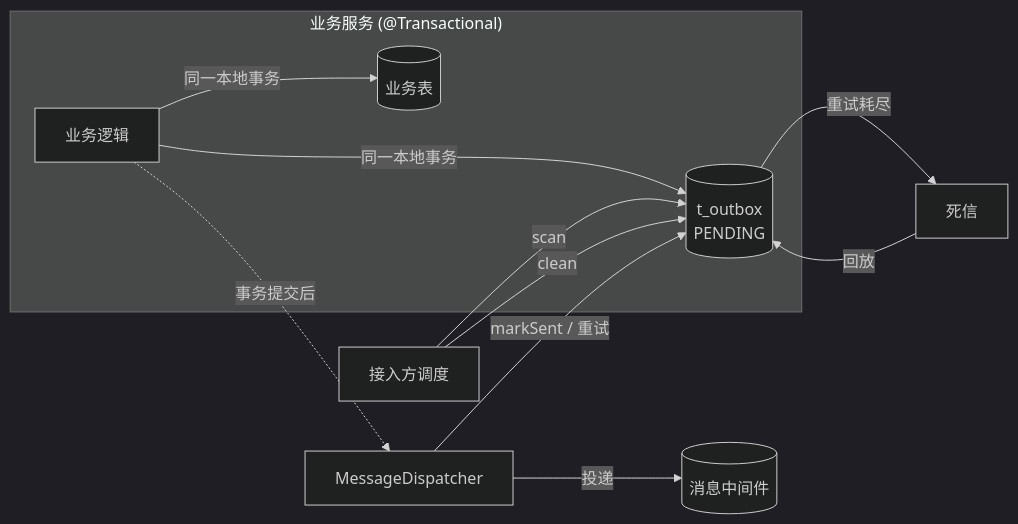
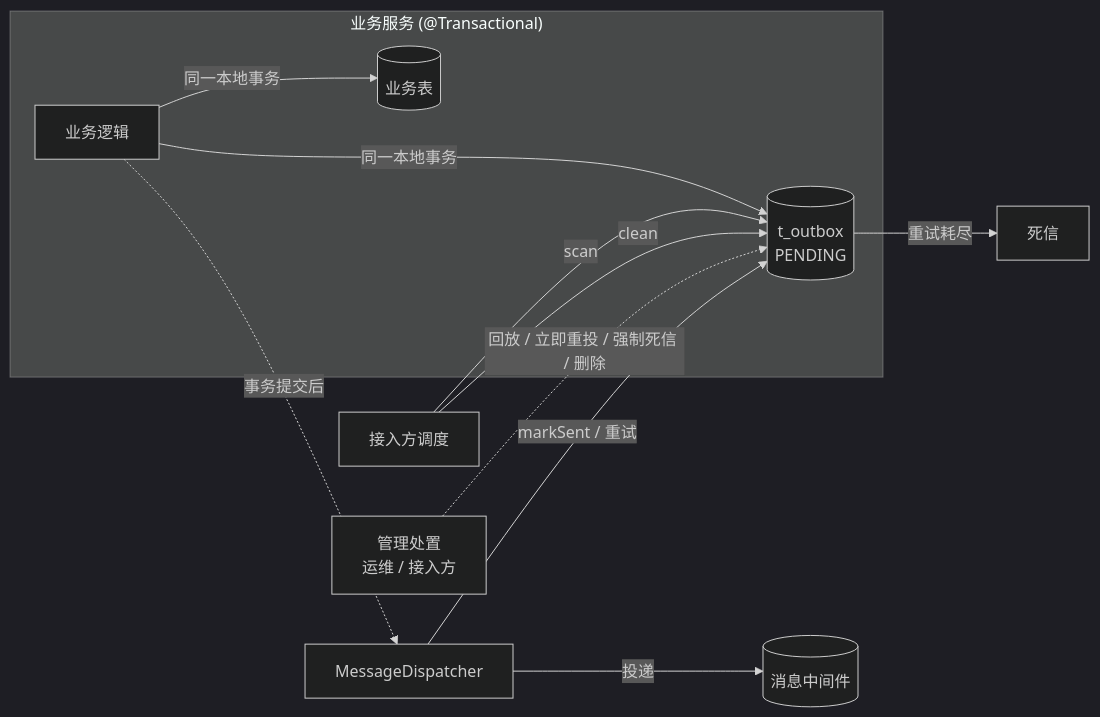
One commit to lazycece/reliable-outbox changed the diagram in README.zh-CN.md. Above: the diagram before and after it, drawn with Mermaid (dark theme). The commit also changed 1 other file, not shown here.

````diff
--- a/README.zh-CN.md
+++ b/README.zh-CN.md
@@ -45,14 +45,14 @@
 ```mermaid
 flowchart LR
     subgraph App["业务服务 (@Transactional)"]
         A[业务逻辑] -->|同一本地事务| B[(业务表)]
         A -->|同一本地事务| C[(t_outbox<br/>PENDING)]
     end
     A -. 事务提交后 .-> D[MessageDispatcher]
     D -->|投递| E[(消息中间件)]
     D -->|markSent / 重试| C
     S[接入方调度] -->|scan| C
     S -->|clean| C
     C -->|重试耗尽| F[死信]
-    F -->|回放| C
+    M[管理处置<br/>运维 / 接入方] -. 回放 / 立即重投 / 强制死信 / 删除 .-> C
 ```
````
